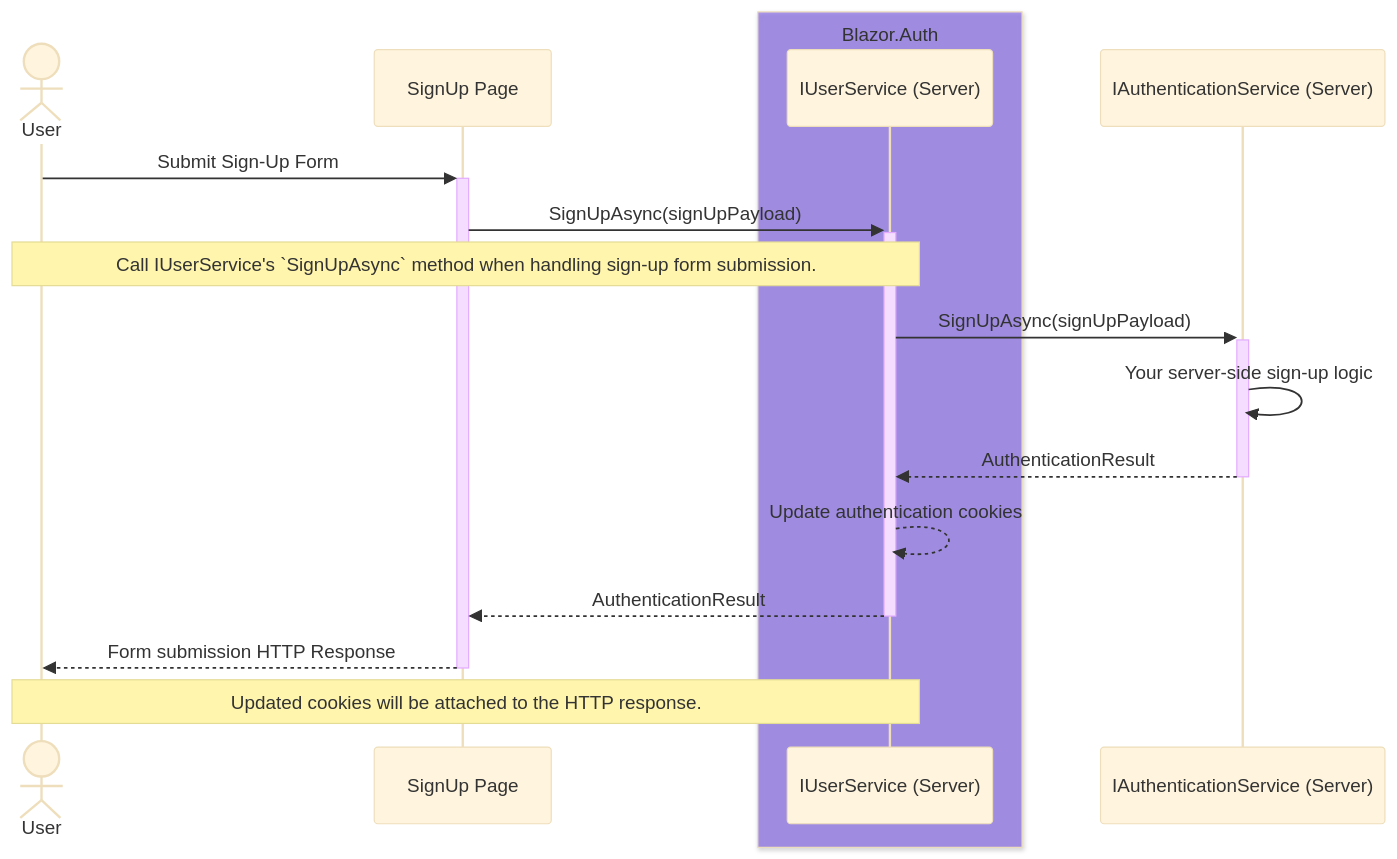
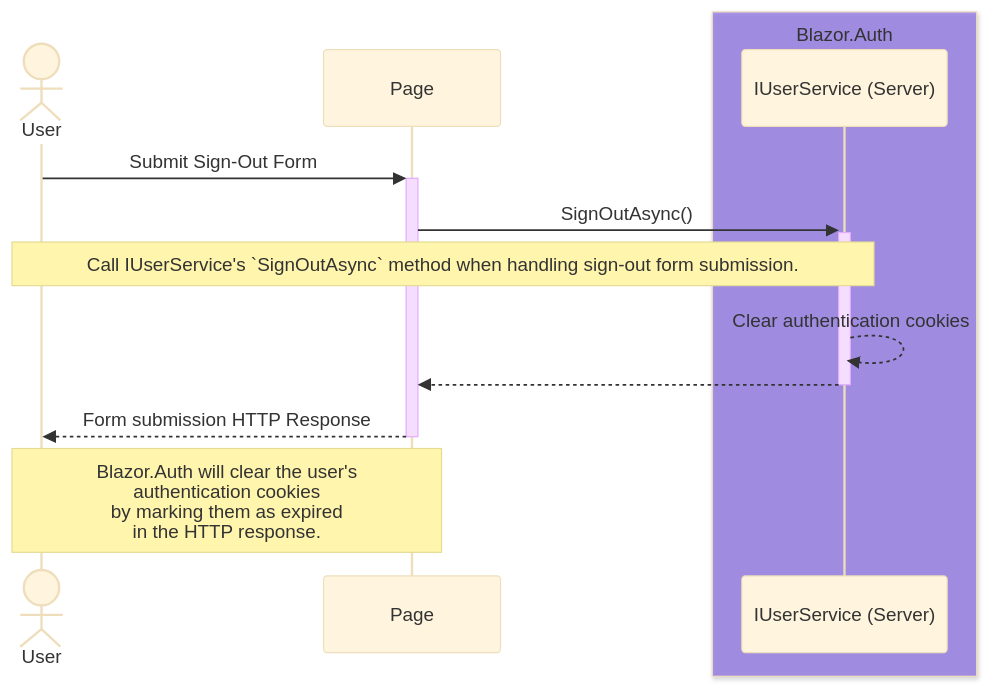
Before and after one commit to BitzArt/Blazor.Auth: the second of 3 diagrams in docs/src/04.use-cases/01.static-ssr.md, drawn with Mermaid (base theme). The commit also changed 101 other files, not shown here.

Commit message:
Blazor.Auth v2 (#33)

````diff
--- a/docs/src/04.use-cases/01.static-ssr.md
+++ b/docs/src/04.use-cases/01.static-ssr.md
@@ -41,27 +41,23 @@
 ```mermaid
+
 sequenceDiagram
 
 actor user as User
-participant page as SignUp Page
+participant page as Page
 
 box rgba(101, 63, 232, 0.5) Blazor.Auth
 participant userService as IUserService (Server)
 end
-participant authService as IAuthenticationService (Server)
 
-user ->>+ page: Submit Sign-Up Form
+user ->>+ page: Submit Sign-Out Form
 
-page ->>+ userService: SignUpAsync(signUpPayload)
-note over user,userService: Call IUserService's `SignUpAsync` method when handling sign-up form submission.
+page ->>+ userService: SignOutAsync()
+note over user,userService: Call IUserService's `SignOutAsync` method when handling sign-out form submission.
 
-userService ->>+ authService: SignUpAsync(signUpPayload)
-authService ->> authService: Your server-side sign-up logic
+userService -->> userService: Clear authentication cookies
 
-authService -->>- userService: AuthenticationResult
-
-userService -->> userService: Update authentication cookies
-userService -->>- page: AuthenticationResult
+userService -->>- page: 
 
 page -->>- user:  Form submission HTTP Response
-note over user,userService: Updated cookies will be attached to the HTTP response.
+note over user,page: Blazor.Auth will clear the user's <br/> authentication cookies <br/> by marking them as expired <br/> in the HTTP response.
 ```
````
